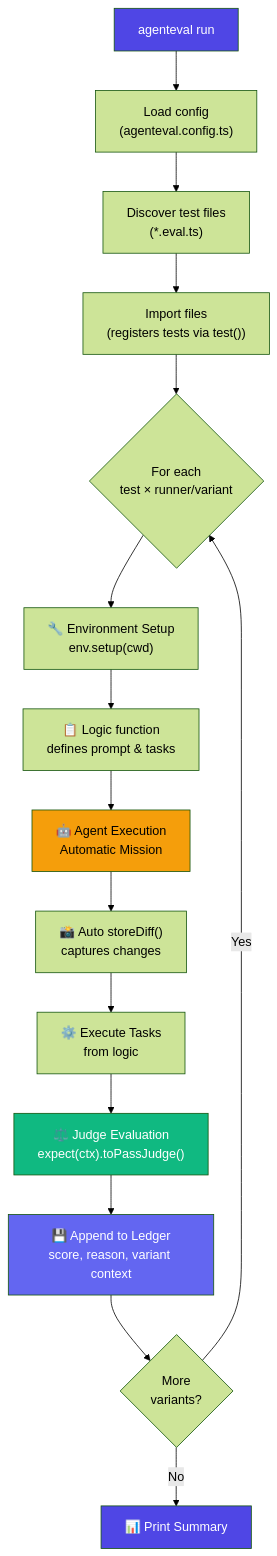
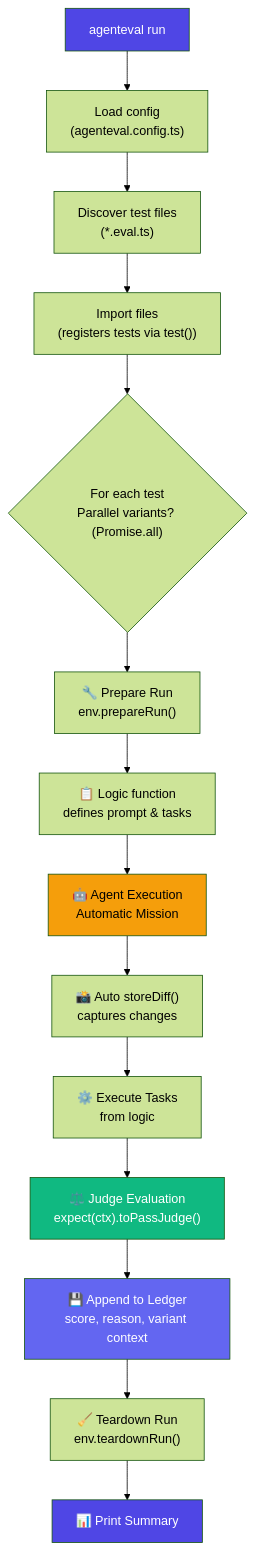
Before and after one commit to Tlahey/agent-eval: the second of 2 diagrams in apps/docs/guide/architecture.md, drawn with Mermaid (forest theme). The commit also changed other lines of this file and 53 other files, not shown here.

````diff
--- a/apps/docs/guide/architecture.md
+++ b/apps/docs/guide/architecture.md
@@ -100,24 +84,23 @@
 ```mermaid
 flowchart TB
     A["agenteval run"] --> B["Load config<br/>(agenteval.config.ts)"]
     B --> C["Discover test files<br/>(*.eval.ts)"]
     C --> D["Import files<br/>(registers tests via test())"]
-    D --> E{"For each<br/>test × runner/variant"}
+    D --> E{"For each test<br/>Parallel variants? (Promise.all)"}
 
-    E --> F["🔧 Environment Setup<br/>env.setup(cwd)"]
+    E --> F["🔧 Prepare Run<br/>env.prepareRun()"]
     F --> G["📋 Logic function<br/>defines prompt & tasks"]
     G --> H["🤖 Agent Execution<br/>Automatic Mission"]
     H --> I["📸 Auto storeDiff()<br/>captures changes"]
     I --> J["⚙️ Execute Tasks<br/>from logic"]
     J --> K["⚖️ Judge Evaluation<br/>expect(ctx).toPassJudge()"]
     K --> L["💾 Append to Ledger<br/>score, reason, variant context"]
-    L --> M{"More<br/>variants?"}
-    M -- Yes --> E
-    M -- No --> N["📊 Print Summary"]
+    L --> M["🧹 Teardown Run<br/>env.teardownRun()"]
+    M --> N["📊 Print Summary"]
 
     style A fill:#4f46e5,color:#fff
     style H fill:#f59e0b,color:#000
     style K fill:#10b981,color:#fff
     style L fill:#6366f1,color:#fff
     style N fill:#4f46e5,color:#fff
 ```
````
